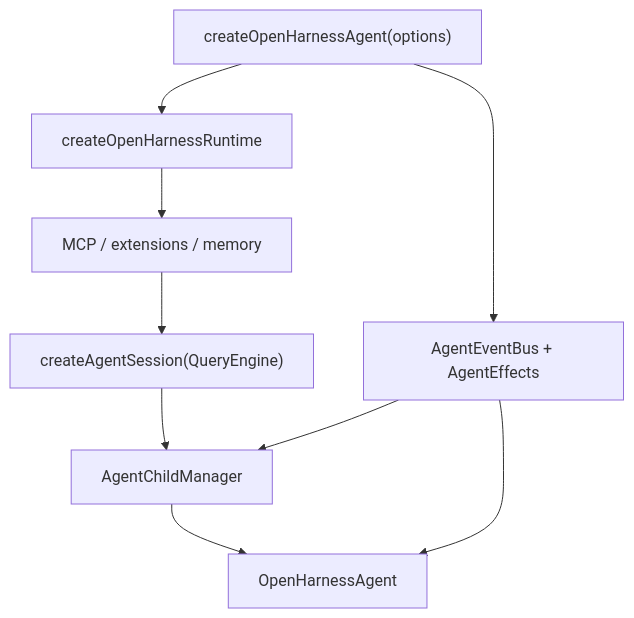
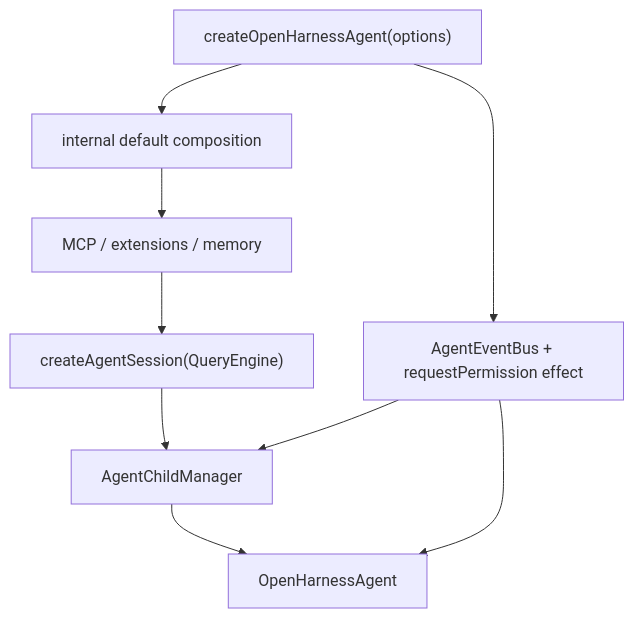
One commit to rzx007/openharness-ts changed the first of 2 diagrams in docs/agent-runtime-framework-architecture.md. Above: the diagram before and after it, drawn with Mermaid. The commit also changed other lines of this file and 23 other files, not shown here.

Commit message:
docs: establish agent SDK architecture

````diff
--- a/docs/agent-runtime-framework-architecture.md
+++ b/docs/agent-runtime-framework-architecture.md
@@ -39,16 +43,16 @@
 ```mermaid
 flowchart TD
   Create["createOpenHarnessAgent(options)"]
-  Runtime["createOpenHarnessRuntime"]
+  Runtime["internal default composition"]
   MCP["MCP / extensions / memory"]
   Session["createAgentSession(QueryEngine)"]
-  Bus["AgentEventBus + AgentEffects"]
+  Bus["AgentEventBus + requestPermission effect"]
   Children["AgentChildManager"]
   Agent["OpenHarnessAgent"]
 
   Create --> Runtime --> MCP --> Session
   Create --> Bus
   Session --> Children --> Agent
   Bus --> Children
   Bus --> Agent
 ```
````
